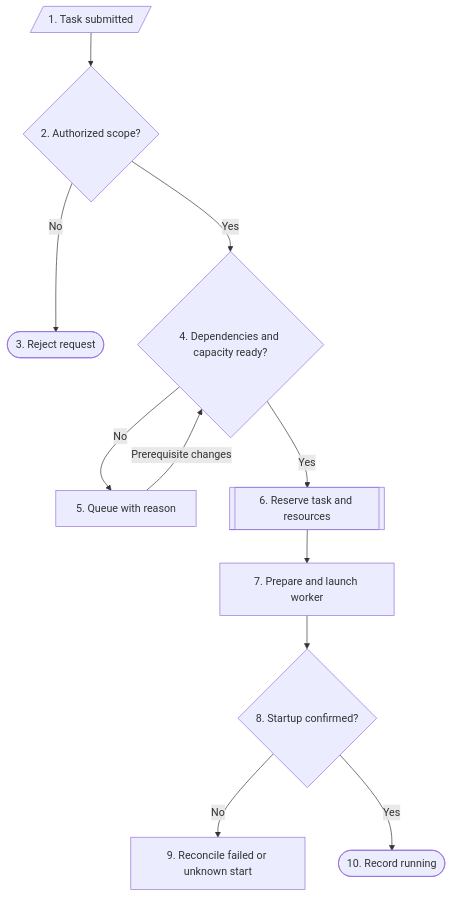
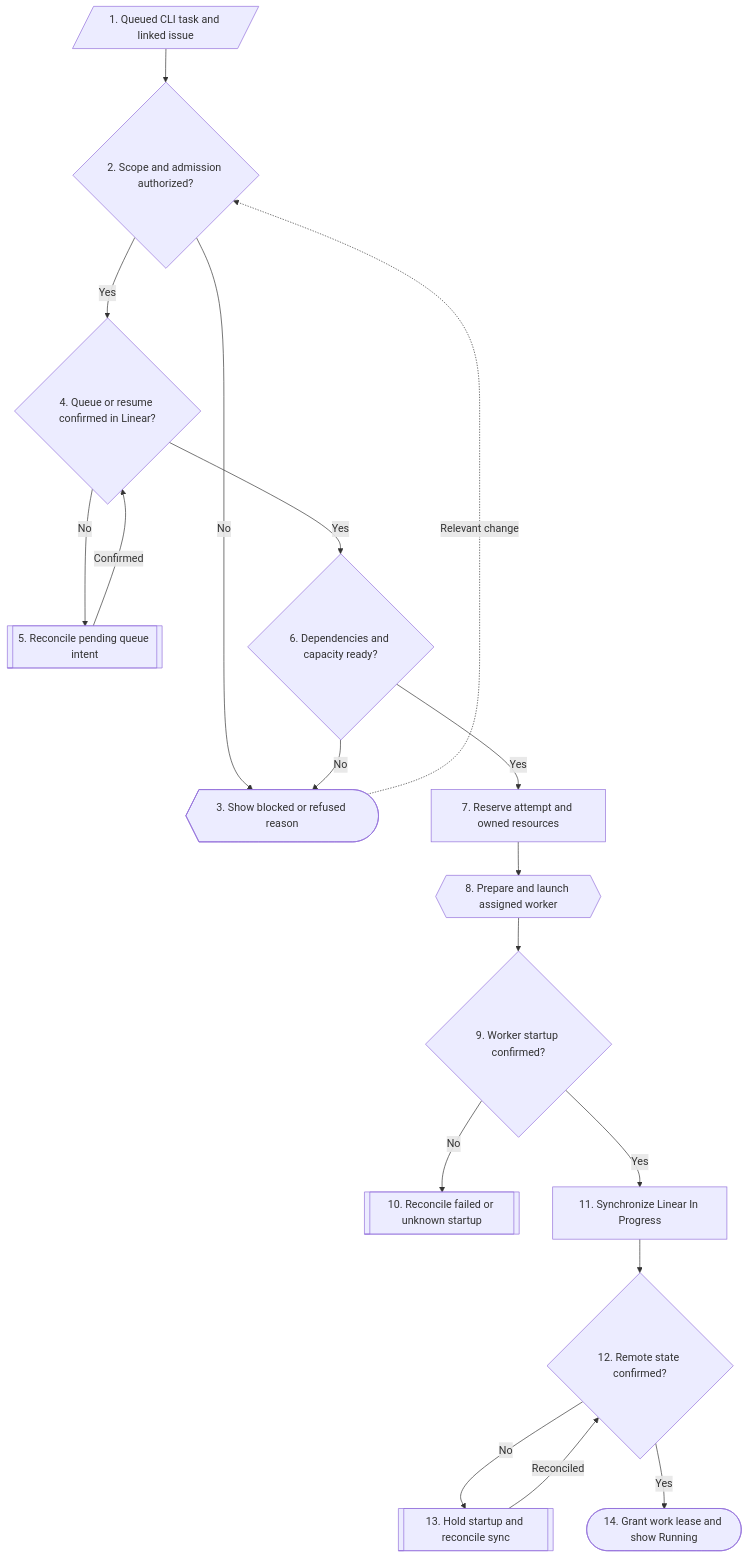
One commit to fatonsopa/ai-task-manager changed the diagram in docs/assets/diagrams/dispatch.mmd. Above: the diagram before and after it, drawn with Mermaid. The commit also changed 17 other files, not shown here.

Commit message:
Specify complete Linear task lifecycle and real-time synchronization

```diff
--- a/docs/assets/diagrams/dispatch.mmd
+++ b/docs/assets/diagrams/dispatch.mmd
@@ -1,36 +1,51 @@
 %% Diagram: Flowchart
-%% Subtitle: Authorized tasks wait for dependencies and capacity before worker startup is confirmed.
+%% Subtitle: Admission, remote status and real worker startup are confirmed before task execution.
 flowchart TD
-    accTitle: Task dispatch workflow
-    accDescr: Authorized tasks wait for dependencies and capacity before worker startup is confirmed.
-    A@{ shape: lean-r, label: "1. Task submitted" }
-    class A data
-    B@{ shape: diam, label: "2. Authorized scope?" }
-    class B decision
-    C@{ shape: stadium, label: "3. Reject request" }
-    class C terminator
-    D@{ shape: diam, label: "4. Dependencies and capacity ready?" }
-    class D decision
-    E@{ shape: rect, label: "5. Queue with reason" }
-    class E process
-    F@{ shape: fr-rect, label: "6. Reserve task and resources" }
-    class F predefined
-    G@{ shape: rect, label: "7. Prepare and launch worker" }
-    class G process
-    H@{ shape: diam, label: "8. Startup confirmed?" }
-    class H decision
-    I@{ shape: rect, label: "9. Reconcile failed or unknown start" }
-    class I process
-    J@{ shape: stadium, label: "10. Record running" }
-    class J terminator
-    A --> B
-    B -->|"No"| C
-    B -->|"Yes"| D
-    D -->|"No"| E
-    E -->|"Prerequisite changes"| D
-    D -->|"Yes"| F
-    F --> G
-    G --> H
-    H -->|"No"| I
-    H -->|"Yes"| J
-%% Legend: flow_arrow | Next action
+    accTitle: Task dispatch with Linear
+    accDescr: Admission, remote status and real worker startup are confirmed before task execution.
+    N1@{ shape: lean-r, label: "1. Queued CLI task and linked issue" }
+    class N1 data
+    N2@{ shape: diam, label: "2. Scope and admission authorized?" }
+    class N2 decision
+    N3@{ shape: curv-trap, label: "3. Show blocked or refused reason" }
+    class N3 display
+    N4@{ shape: diam, label: "4. Queue or resume confirmed in Linear?" }
+    class N4 decision
+    N5@{ shape: fr-rect, label: "5. Reconcile pending queue intent" }
+    class N5 predefined
+    N6@{ shape: diam, label: "6. Dependencies and capacity ready?" }
+    class N6 decision
+    N7@{ shape: rect, label: "7. Reserve attempt and owned resources" }
+    class N7 process
+    N8@{ shape: hex, label: "8. Prepare and launch assigned worker" }
+    class N8 preparation
+    N9@{ shape: diam, label: "9. Worker startup confirmed?" }
+    class N9 decision
+    N10@{ shape: fr-rect, label: "10. Reconcile failed or unknown startup" }
+    class N10 predefined
+    N11@{ shape: rect, label: "11. Synchronize Linear In Progress" }
+    class N11 process
+    N12@{ shape: diam, label: "12. Remote state confirmed?" }
+    class N12 decision
+    N13@{ shape: fr-rect, label: "13. Hold startup and reconcile sync" }
+    class N13 predefined
+    N14@{ shape: stadium, label: "14. Grant work lease and show Running" }
+    class N14 terminator
+    N1 --> N2
+    N2 -->|No| N3
+    N2 -->|Yes| N4
+    N4 -->|No| N5
+    N5 -->|Confirmed| N4
+    N4 -->|Yes| N6
+    N6 -->|No| N3
+    N3 -. Relevant change .-> N2
+    N6 -->|Yes| N7
+    N7 --> N8
+    N8 --> N9
+    N9 -->|No| N10
+    N9 -->|Yes| N11
+    N11 --> N12
+    N12 -->|No| N13
+    N13 -->|Reconciled| N12
+    N12 -->|Yes| N14
+%% Legend: flow_arrow | Event or command
```
